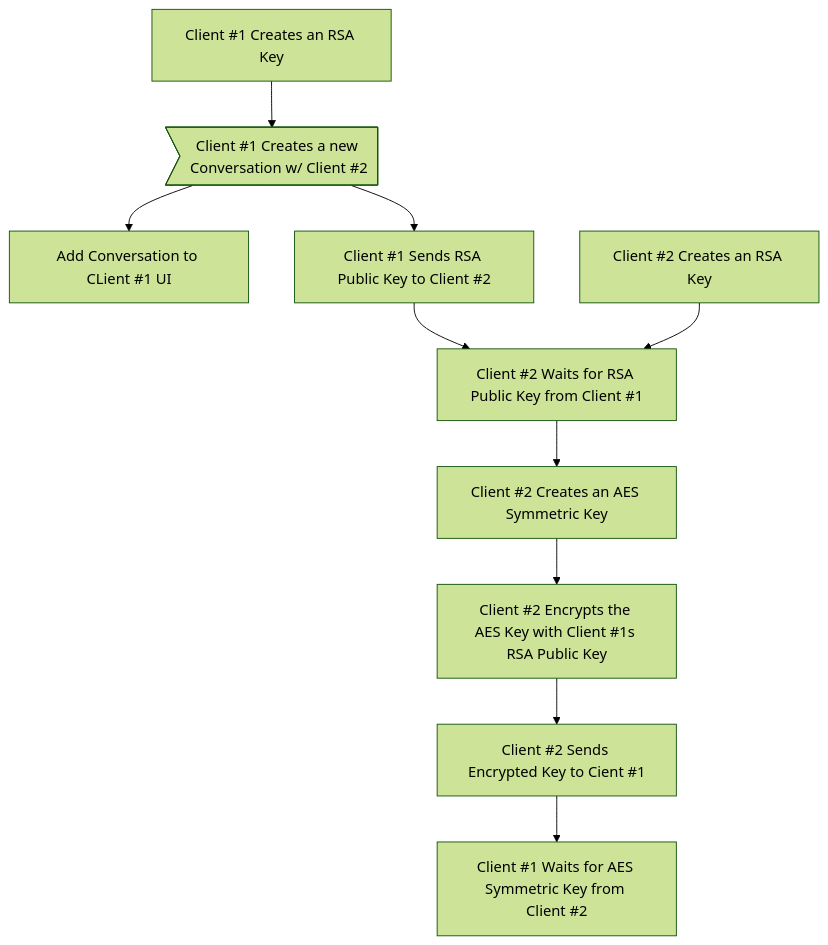
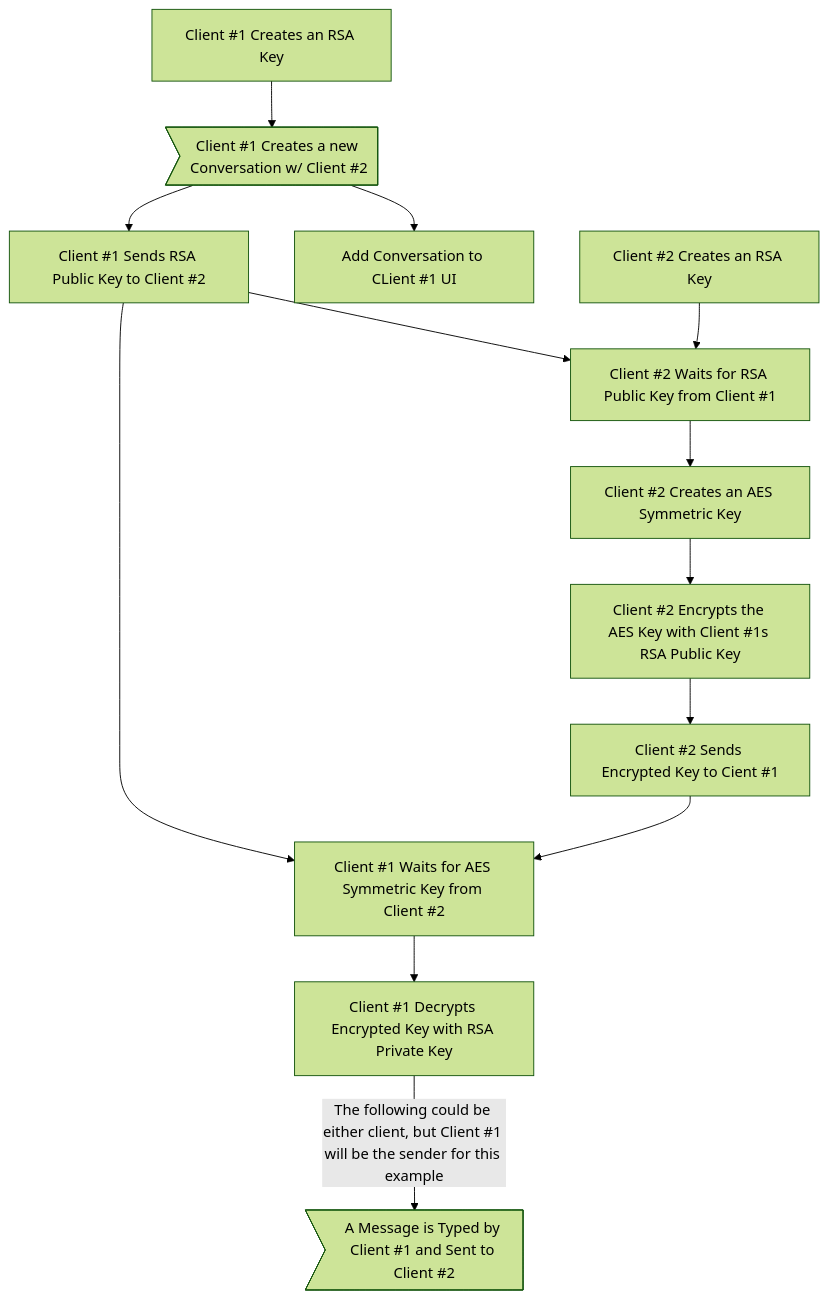
Before and after one commit to xXCrash2BomberXx/TinyChat: the diagram in README.md, drawn with Mermaid (forest theme).

````diff
--- a/README.md
+++ b/README.md
@@ -72,13 +72,16 @@
 ```mermaid
 graph TB;
   A[Client #1 Creates an RSA Key] --> B>Client #1 Creates a new Conversation w/ Client #2];
   B --> D[Add Conversation to CLient #1 UI];
   B --> E[Client #1 Sends RSA Public Key to Client #2];
   E --> G[Client #2 Waits for RSA Public Key from Client #1];
   F[Client #2 Creates an RSA Key] --> G;
   G --> H[Client #2 Creates an AES Symmetric Key];
   H -->I[Client #2 Encrypts the AES Key with Client #1s RSA Public Key];
   I -->J[Client #2 Sends Encrypted Key to Cient #1];
   J --> K[Client #1 Waits for AES Symmetric Key from Client #2];
- 
+  E --> K;
+  K --> L[Client #1 Decrypts Encrypted Key with RSA Private Key];
+  L --> |The following could be either client, but Client #1 will be the sender for this example| M>A Message is Typed by Client #1 and Sent to Client #2];
+  
 ```
````
